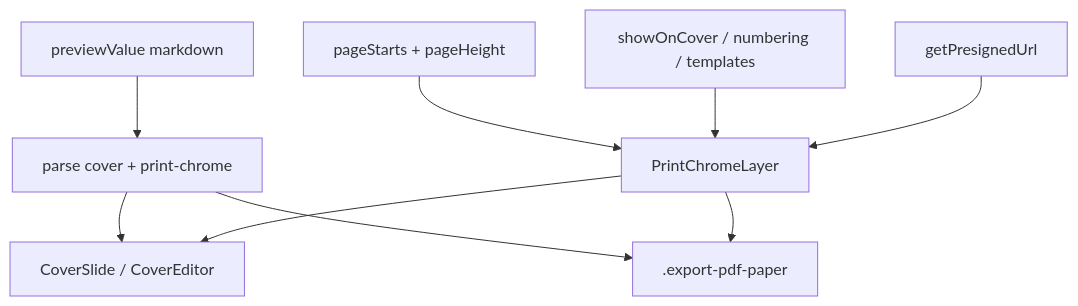
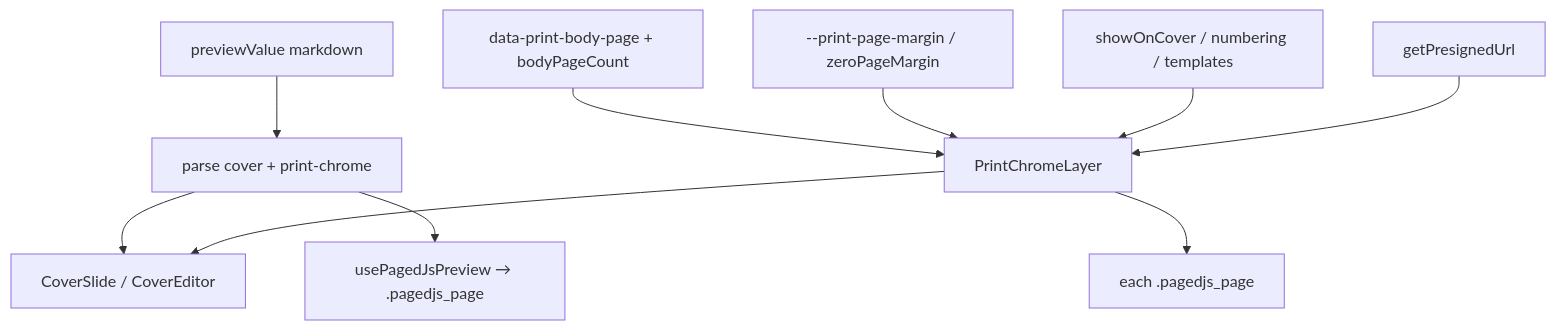
The diagram in .cursor/plans/print_chrome_templates_c27c3fe5.plan.md (explainpark101/DocuHaim), drawn with Mermaid before and after one commit. The commit also changed other lines of this file and 15 other files, not shown here.

First line of the commit message:
chore: bump version to 1.8.10 and implement zero-page margin feature

````diff
--- a/.cursor/plans/print_chrome_templates_c27c3fe5.plan.md
+++ b/.cursor/plans/print_chrome_templates_c27c3fe5.plan.md
@@ -116,11 +57,12 @@
 ```mermaid
 flowchart TB
   md["previewValue markdown"] --> parse["parse cover + print-chrome"]
   parse --> coverDom["CoverSlide / CoverEditor"]
-  parse --> bodyPaper[".export-pdf-paper"]
+  parse --> paged["usePagedJsPreview → .pagedjs_page"]
   chrome["PrintChromeLayer"] --> coverDom
-  chrome --> bodyPaper
-  pageStarts["pageStarts + pageHeight"] --> chrome
+  chrome --> pagedPages["each .pagedjs_page"]
+  attrs["data-print-body-page + bodyPageCount"] --> chrome
+  margin["--print-page-margin / zeroPageMargin"] --> chrome
   opts["showOnCover / numbering / templates"] --> chrome
   urls["getPresignedUrl"] --> chrome
 ```
````
